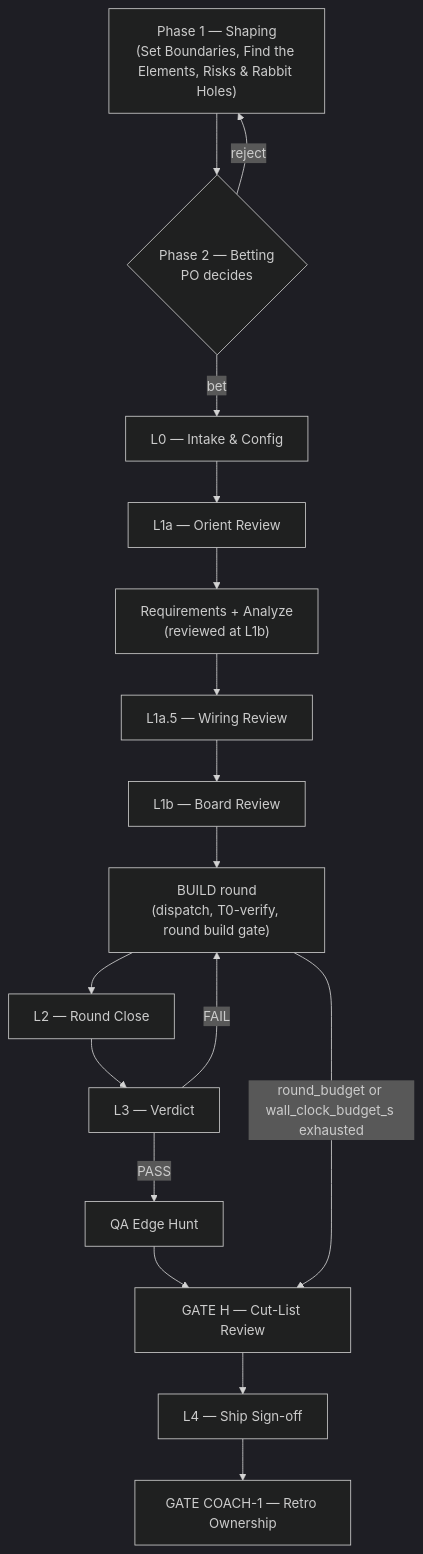
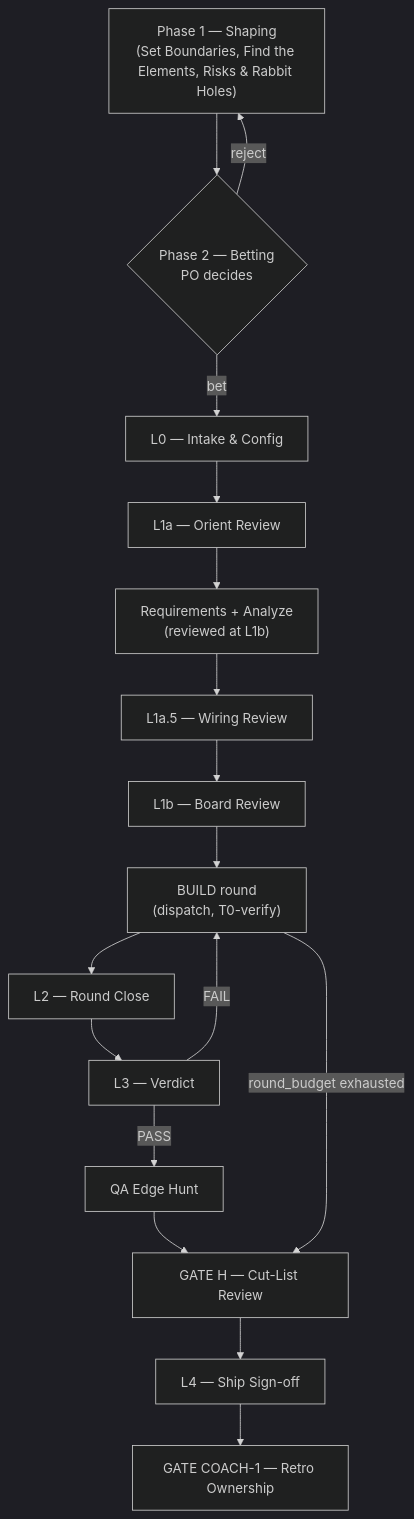
Before and after one commit to nguyenvanphituoc/shapeup-sdlc-plugin: the diagram in AGENTS.md, drawn with Mermaid (dark theme). The commit also changed other lines of this file and 14 other files, not shown here.

````diff
--- a/AGENTS.md
+++ b/AGENTS.md
@@ -12,27 +26,27 @@
 ```mermaid
 flowchart TD
     SH["Phase 1 — Shaping\n(Set Boundaries, Find the Elements, Risks & Rabbit Holes)"]
     BT{"Phase 2 — Betting\nPO decides"}
     L0["L0 — Intake & Config"]
     L1a["L1a — Orient Review"]
     REQ["Requirements + Analyze\n(reviewed at L1b)"]
     L1a5["L1a.5 — Wiring Review"]
     L1b["L1b — Board Review"]
-    ROUND["BUILD round\n(dispatch, T0-verify, round build gate)"]
+    ROUND["BUILD round\n(dispatch, T0-verify)"]
     L2["L2 — Round Close"]
     L3["L3 — Verdict"]
     QA["QA Edge Hunt"]
     H["GATE H — Cut-List Review"]
     L4["L4 — Ship Sign-off"]
     COACH["GATE COACH-1 — Retro Ownership"]
 
     SH --> BT
     BT -- bet --> L0
     BT -- reject --> SH
     L0 --> L1a --> REQ --> L1a5 --> L1b --> ROUND
     ROUND --> L2 --> L3
     L3 -- FAIL --> ROUND
     L3 -- PASS --> QA --> H
-    ROUND -- "round_budget or wall_clock_budget_s exhausted" --> H
+    ROUND -- "round_budget exhausted" --> H
     H --> L4 --> COACH
 ```
````
